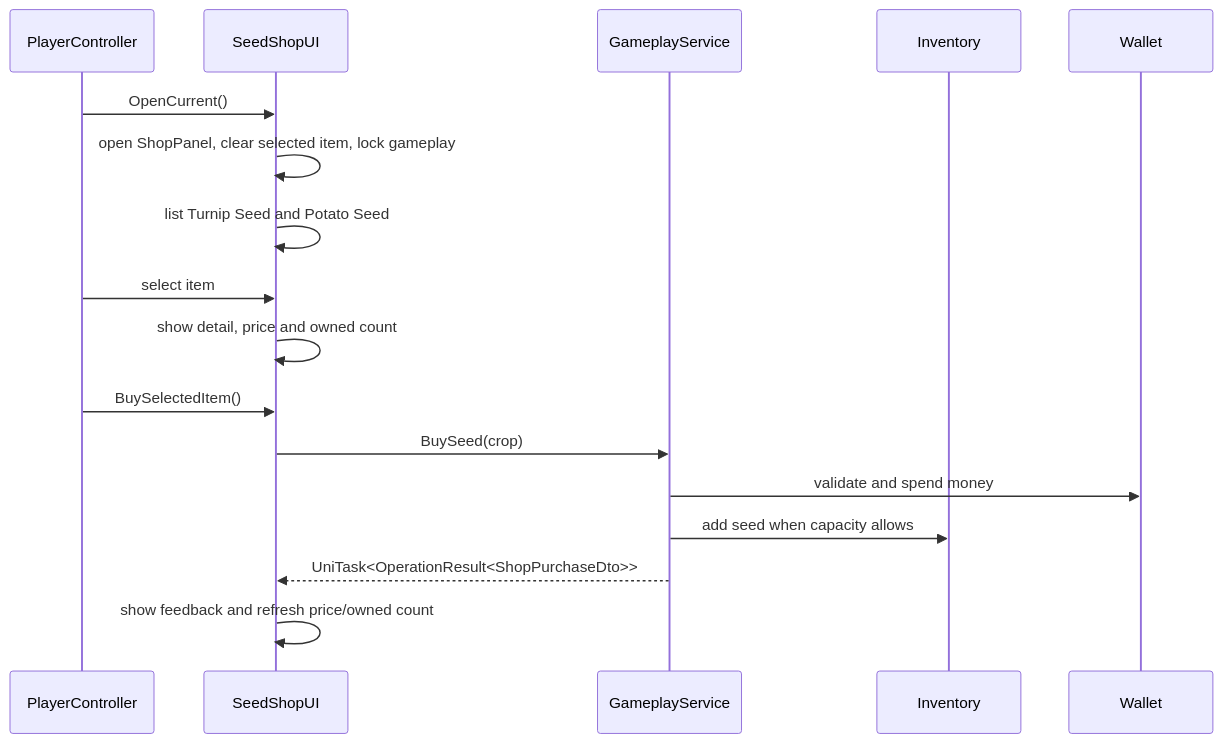
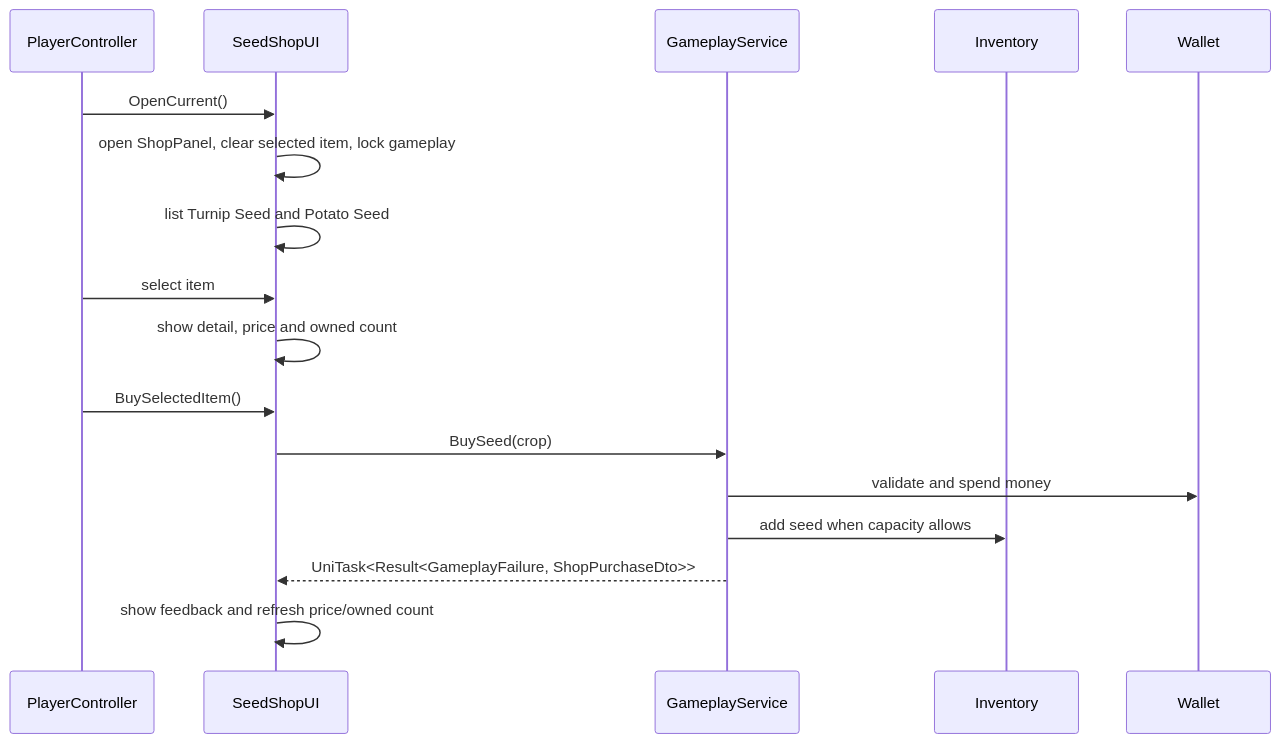
One commit to Phan-Phu/Prorotype_03 changed the fourth of 4 diagrams in ARCHITECTURE_FLOW.md. Above: the diagram before and after it, drawn with Mermaid. The commit also changed other lines of this file and 15 other files, not shown here.

````diff
--- a/ARCHITECTURE_FLOW.md
+++ b/ARCHITECTURE_FLOW.md
@@ -238,20 +238,20 @@
 ```mermaid
 sequenceDiagram
     participant P as PlayerController
     participant V as SeedShopUI
     participant D as GameplayService
     participant I as Inventory
     participant W as Wallet
 
     P->>V: OpenCurrent()
     V->>V: open ShopPanel, clear selected item, lock gameplay
     V->>V: list Turnip Seed and Potato Seed
     P->>V: select item
     V->>V: show detail, price and owned count
     P->>V: BuySelectedItem()
     V->>D: BuySeed(crop)
     D->>W: validate and spend money
     D->>I: add seed when capacity allows
-    D-->>V: UniTask<OperationResult<ShopPurchaseDto>>
+    D-->>V: UniTask<Result<GameplayFailure, ShopPurchaseDto>>
     V->>V: show feedback and refresh price/owned count
 ```
````
